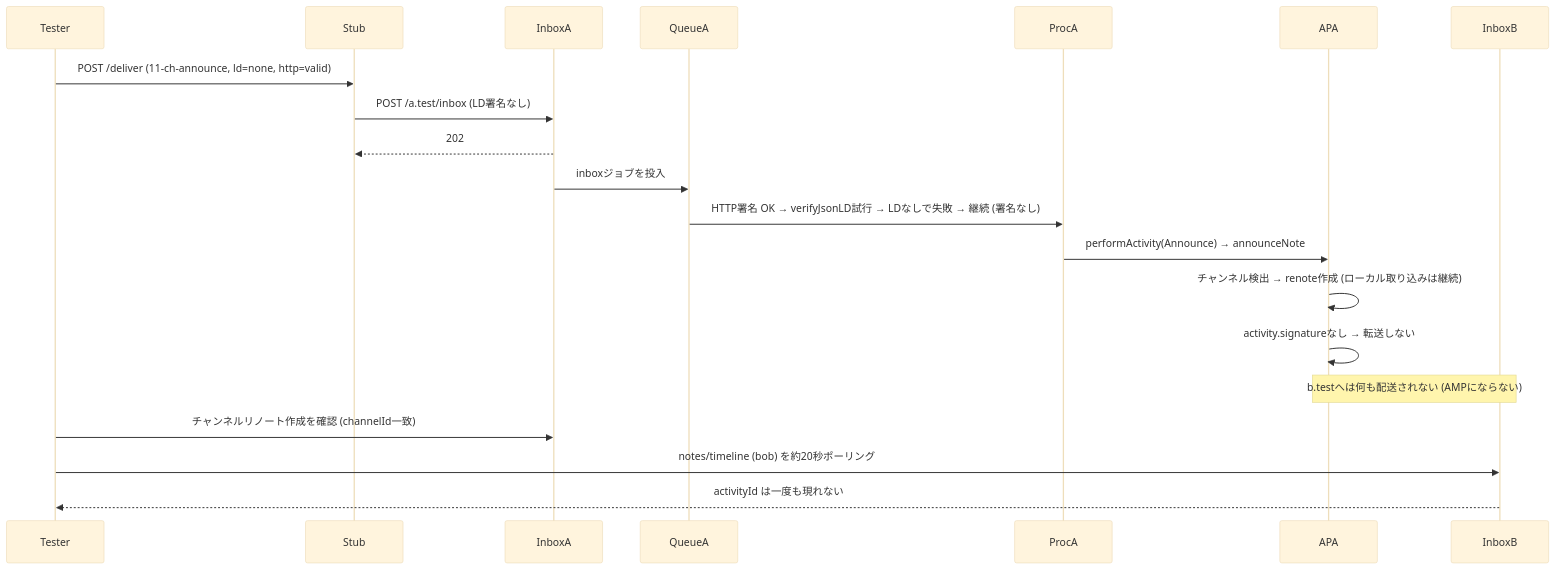
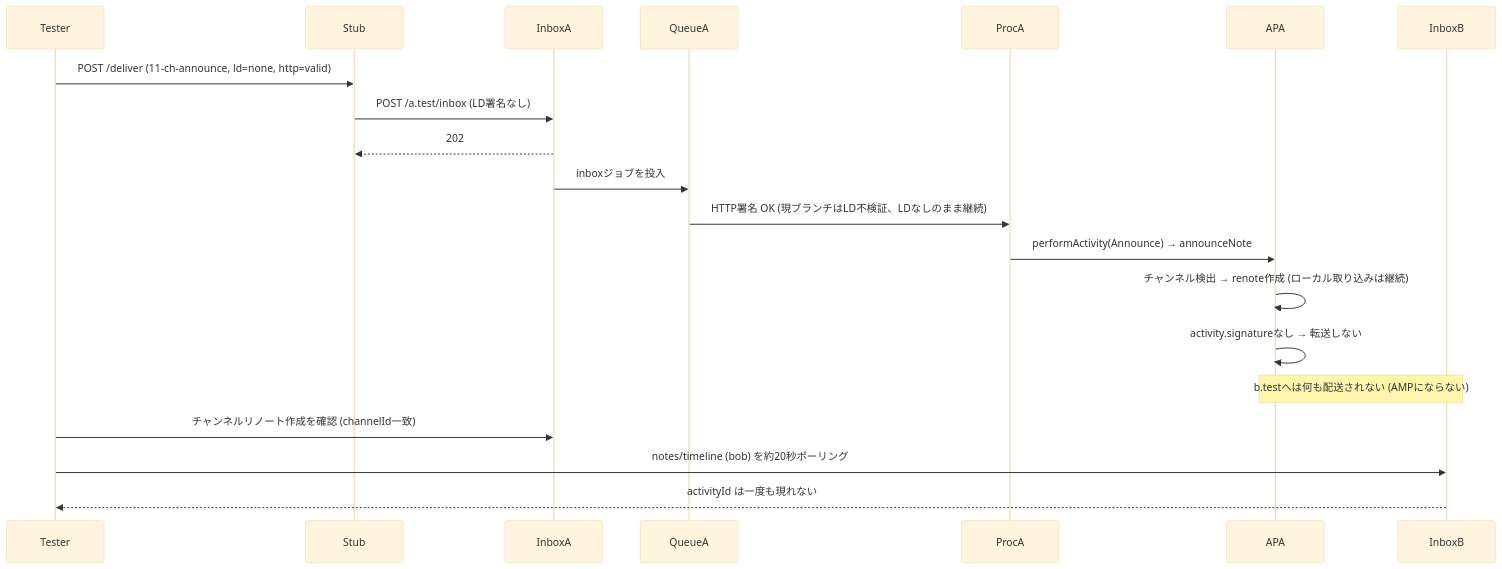
Diagram 17 of 20 in packages/backend/test-federation/test/json-ld-channel.sequence.md (4ster1sk/cherrypick), drawn with Mermaid (base theme) before and after one commit. The commit also changed other lines of this file and 3 other files, not shown here.

````diff
--- a/packages/backend/test-federation/test/json-ld-channel.sequence.md
+++ b/packages/backend/test-federation/test/json-ld-channel.sequence.md
@@ -343,15 +343,15 @@
 ```mermaid
 sequenceDiagram
     Tester->>Stub: POST /deliver (11-ch-announce, ld=none, http=valid)
     Stub->>InboxA: POST /a.test/inbox (LD署名なし)
     InboxA-->>Stub: 202
     InboxA->>QueueA: inboxジョブを投入
-    QueueA->>ProcA: HTTP署名 OK → verifyJsonLD試行 → LDなしで失敗 → 継続 (署名なし)
+    QueueA->>ProcA: HTTP署名 OK (現ブランチはLD不検証、LDなしのまま継続)
     ProcA->>APA: performActivity(Announce) → announceNote
     APA->>APA: チャンネル検出 → renote作成 (ローカル取り込みは継続)
     APA->>APA: activity.signatureなし → 転送しない
     Note over APA,InboxB: b.testへは何も配送されない (AMPにならない)
     Tester->>InboxA: チャンネルリノート作成を確認 (channelId一致)
     Tester->>InboxB: notes/timeline (bob) を約20秒ポーリング
     InboxB-->>Tester: activityId は一度も現れない
 ```
````
